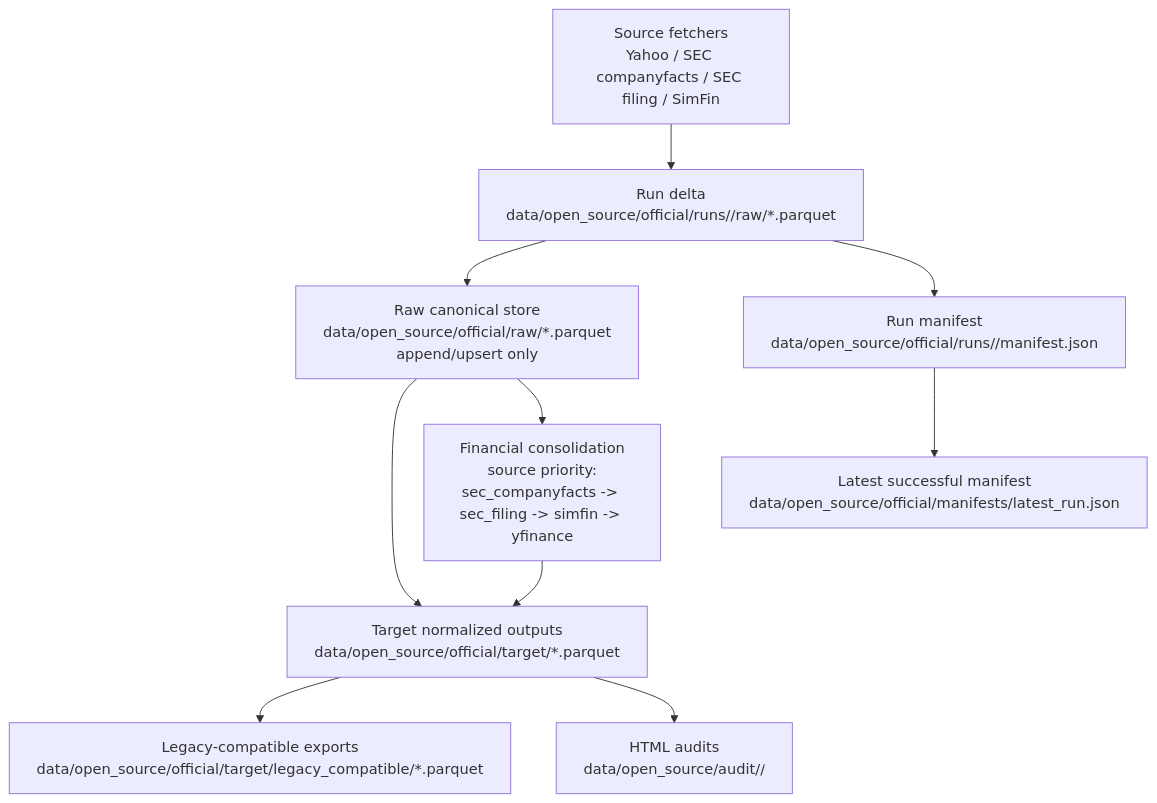
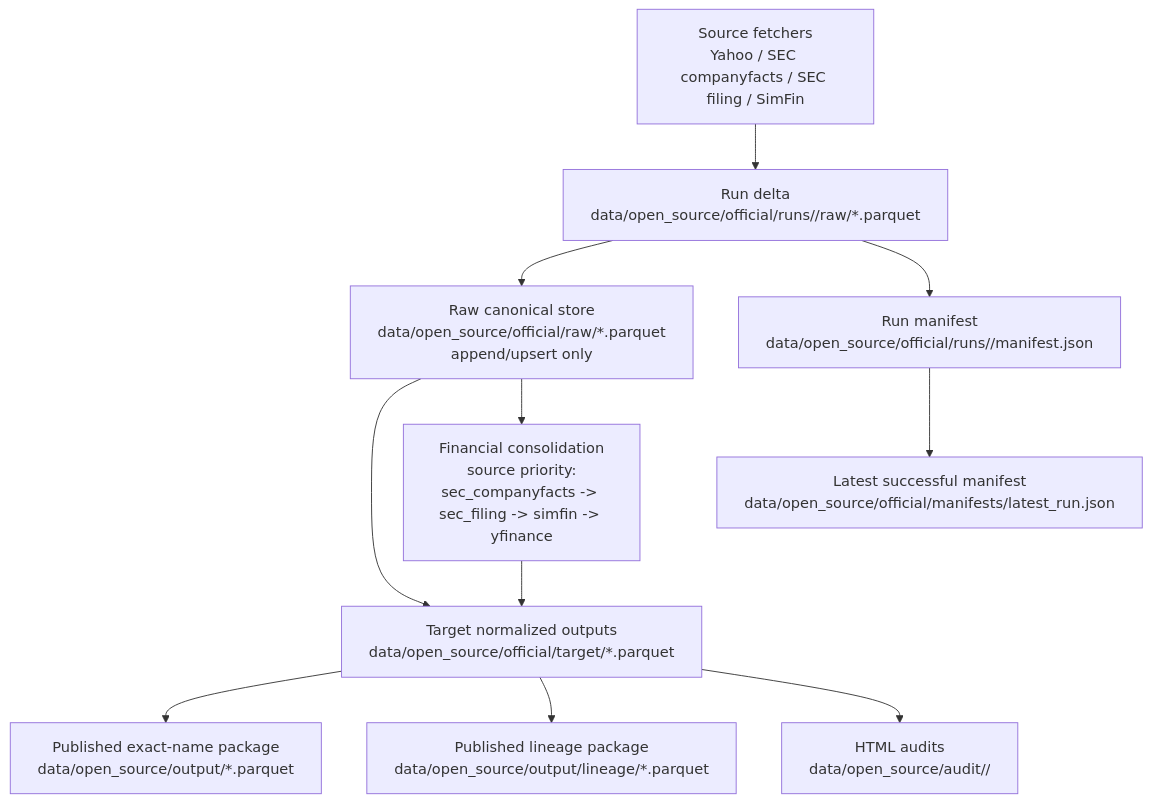
One commit to florianbouttier/alpharank changed the first of 2 diagrams in docs/open_source_ingestion_architecture.md. Above: the diagram before and after it, drawn with Mermaid. The commit also changed other lines of this file and 12 other files, not shown here.

Commit message:
publish exact-name open-source output package

````diff
--- a/docs/open_source_ingestion_architecture.md
+++ b/docs/open_source_ingestion_architecture.md
@@ -33,12 +34,13 @@
 ```mermaid
 flowchart TD
     A["Source fetchers<br/>Yahoo / SEC companyfacts / SEC filing / SimFin"] --> B["Run delta<br/>data/open_source/official/runs/<run_id>/raw/*.parquet"]
     B --> C["Raw canonical store<br/>data/open_source/official/raw/*.parquet<br/>append/upsert only"]
     C --> D["Target normalized outputs<br/>data/open_source/official/target/*.parquet"]
     C --> E["Financial consolidation<br/>source priority:<br/>sec_companyfacts -> sec_filing -> simfin -> yfinance"]
     E --> D
-    D --> F["Legacy-compatible exports<br/>data/open_source/official/target/legacy_compatible/*.parquet"]
-    D --> G["HTML audits<br/>data/open_source/audit/<year>/"]
-    B --> H["Run manifest<br/>data/open_source/official/runs/<run_id>/manifest.json"]
-    H --> I["Latest successful manifest<br/>data/open_source/official/manifests/latest_run.json"]
+    D --> F["Published exact-name package<br/>data/open_source/output/*.parquet"]
+    D --> G["Published lineage package<br/>data/open_source/output/lineage/*.parquet"]
+    D --> H["HTML audits<br/>data/open_source/audit/<year>/"]
+    B --> I["Run manifest<br/>data/open_source/official/runs/<run_id>/manifest.json"]
+    I --> J["Latest successful manifest<br/>data/open_source/official/manifests/latest_run.json"]
 ```
````
